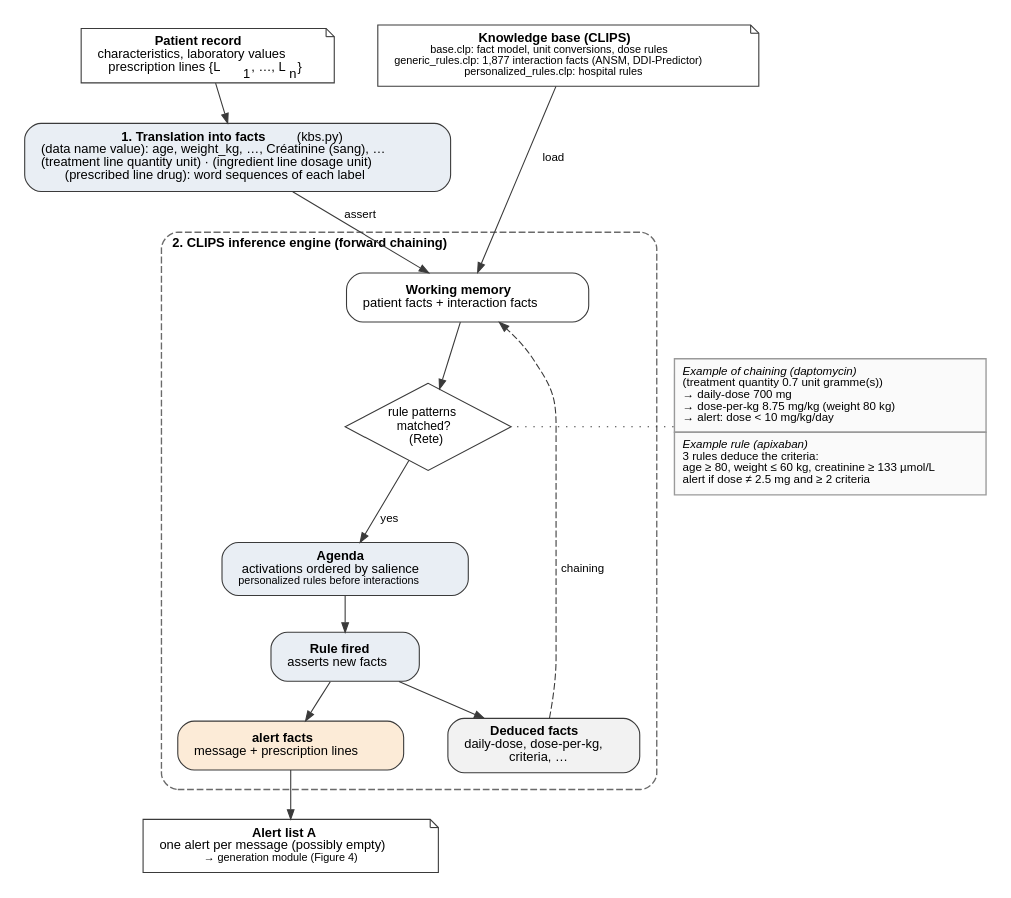
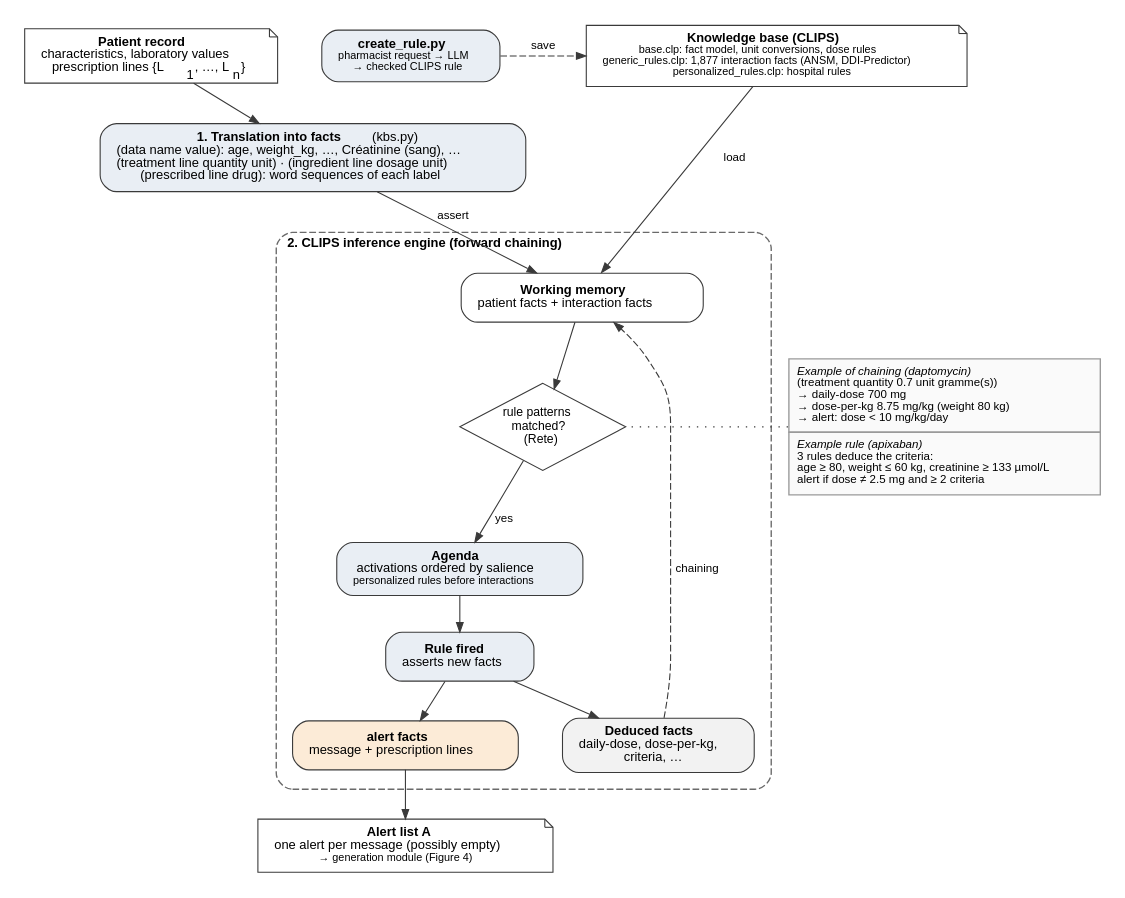
Before and after one commit to naikenisen/projet_pui: the diagram in paper/figures_en/figure_3.dot, drawn with Graphviz. The commit also changed 10 other files, not shown here.

```diff
--- a/paper/figures_en/figure_3.dot
+++ b/paper/figures_en/figure_3.dot
@@ -1,47 +1,49 @@
 // Figure 3 : système à base de connaissances (kbs.py, moteur CLIPS) ; export : dot -Tpdf figure_3.dot -o figure_3.pdf
 digraph kbs {
     graph [rankdir=TB, fontname="Helvetica", fontsize=10, nodesep=0.45, ranksep=0.35, pad=0.15, newrank=true];
     node  [fontname="Helvetica", fontsize=9.5, color="#3A3A3A", penwidth=0.8,
            shape=box, style="rounded,filled", fillcolor="#E9EEF4", margin="0.16,0.08"];
     edge  [fontname="Helvetica", fontsize=8.5, color="#3A3A3A", arrowsize=0.7, penwidth=0.8];
 
     record [shape=note, style=filled, fillcolor="#FFFFFF", label=<<B>Patient record</B><BR/>characteristics, laboratory values<BR/>prescription lines {L<SUB>1</SUB>, …, L<SUB>n</SUB>}>];
     rules [shape=note, style=filled, fillcolor="#FFFFFF", label=<<B>Knowledge base (CLIPS)</B><BR/><FONT POINT-SIZE="8.5">base.clp: fact model, unit conversions, dose rules<BR/>generic_rules.clp: 1,877 interaction facts (ANSM, DDI-Predictor)<BR/>personalized_rules.clp: hospital rules</FONT>>];
-    { rank=same; record; rules; }
+    create_rule [label=<<B>create_rule.py</B><BR/><FONT POINT-SIZE="8.5">pharmacist request → LLM<BR/>→ checked CLIPS rule</FONT>>];
+    { rank=same; record; rules; create_rule; }
 
     facts [label=<<B>1. Translation into facts</B> (kbs.py)<BR/>(data name value): age, weight_kg, …, Créatinine (sang), …<BR/>(treatment line quantity unit) · (ingredient line dosage unit)<BR/>(prescribed line drug): word sequences of each label>];
 
     subgraph cluster_engine {
         label=<<B>2. CLIPS inference engine (forward chaining)</B>>;
         labeljust=l; fontsize=9.5; style="dashed,rounded"; color="#6A6A6A"; margin=12;
 
         memory [fillcolor="#FFFFFF", label=<<B>Working memory</B><BR/>patient facts + interaction facts>];
         match [shape=diamond, style=filled, fillcolor="#FFFFFF", margin="0.02,0.02", fontsize=9, label=<rule patterns<BR/>matched?<BR/>(Rete)>];
         agenda [label=<<B>Agenda</B><BR/>activations ordered by salience<BR/><FONT POINT-SIZE="8.5">personalized rules before interactions</FONT>>];
         fire [label=<<B>Rule fired</B><BR/>asserts new facts>];
         derived [fillcolor="#F2F2F2", label=<<B>Deduced facts</B><BR/>daily-dose, dose-per-kg,<BR/>criteria, …>];
         alert [fillcolor="#FCEBD7", label=<<B>alert facts</B><BR/>message + prescription lines>];
 
         memory -> match;
         match -> agenda [label=" yes"];
         agenda -> fire;
         fire -> derived;
         fire -> alert;
         derived -> memory [style=dashed, label=" chaining"];
         { rank=same; derived; alert; }
     }
 
     example [shape=plain, fontsize=8.5, label=<<TABLE BORDER="0" CELLBORDER="1" CELLSPACING="0" CELLPADDING="5" COLOR="#9A9A9A">
         <TR><TD ALIGN="LEFT" BGCOLOR="#FAFAFA"><I>Example of chaining (daptomycin)</I><BR ALIGN="LEFT"/>(treatment quantity 0.7 unit gramme(s))<BR ALIGN="LEFT"/>→ daily-dose 700 mg<BR ALIGN="LEFT"/>→ dose-per-kg 8.75 mg/kg (weight 80 kg)<BR ALIGN="LEFT"/>→ alert: dose &lt; 10 mg/kg/day<BR ALIGN="LEFT"/></TD></TR>
         <TR><TD ALIGN="LEFT" BGCOLOR="#FAFAFA"><I>Example rule (apixaban)</I><BR ALIGN="LEFT"/>3 rules deduce the criteria:<BR ALIGN="LEFT"/>age ≥ 80, weight ≤ 60 kg, creatinine ≥ 133 µmol/L<BR ALIGN="LEFT"/>alert if dose ≠ 2.5 mg and ≥ 2 criteria<BR ALIGN="LEFT"/></TD></TR>
         </TABLE>>];
     { rank=same; match; example; }
 
     output [shape=note, style=filled, fillcolor="#FFFFFF", label=<<B>Alert list A</B><BR/>one alert per message (possibly empty)<BR/><FONT POINT-SIZE="8.5">→ generation module (Figure 4)</FONT>>];
 
     record -> facts;
     facts -> memory [label=" assert"];
     rules -> memory [label=" load"];
+    create_rule -> rules [style=dashed, label=" save"];
     example -> match [style=dotted, arrowhead=none];
     alert -> output;
 }
```
